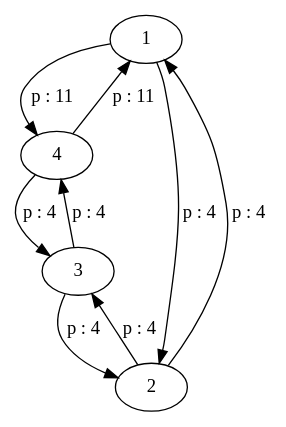
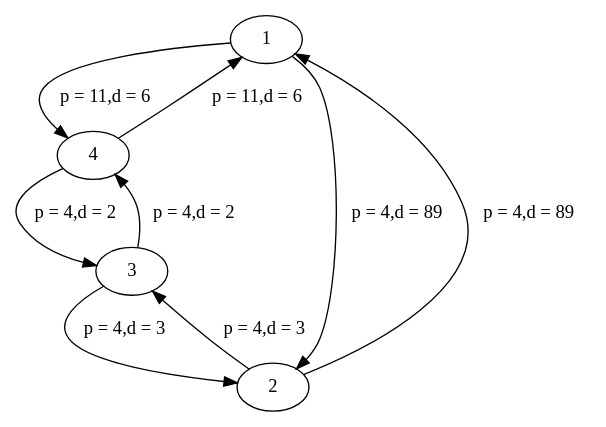
Before and after one commit to gabrieldeboerdere/ensae-prog23-1: the diagram in representation_graph.gv, drawn with Graphviz. The commit also changed 2 other files, not shown here.

```diff
--- a/representation_graph.gv
+++ b/representation_graph.gv
@@ -1,10 +1,10 @@
 digraph G {
-	1 -> 4 [label="p : 11"]
-	1 -> 2 [label="p : 4"]
-	2 -> 3 [label="p : 4"]
-	2 -> 1 [label="p : 4"]
-	3 -> 2 [label="p : 4"]
-	3 -> 4 [label="p : 4"]
-	4 -> 3 [label="p : 4"]
-	4 -> 1 [label="p : 11"]
+	1 -> 4 [label="p = 11,d = 6"]
+	1 -> 2 [label="p = 4,d = 89"]
+	2 -> 3 [label="p = 4,d = 3"]
+	2 -> 1 [label="p = 4,d = 89"]
+	3 -> 2 [label="p = 4,d = 3"]
+	3 -> 4 [label="p = 4,d = 2"]
+	4 -> 3 [label="p = 4,d = 2"]
+	4 -> 1 [label="p = 11,d = 6"]
 }
```
